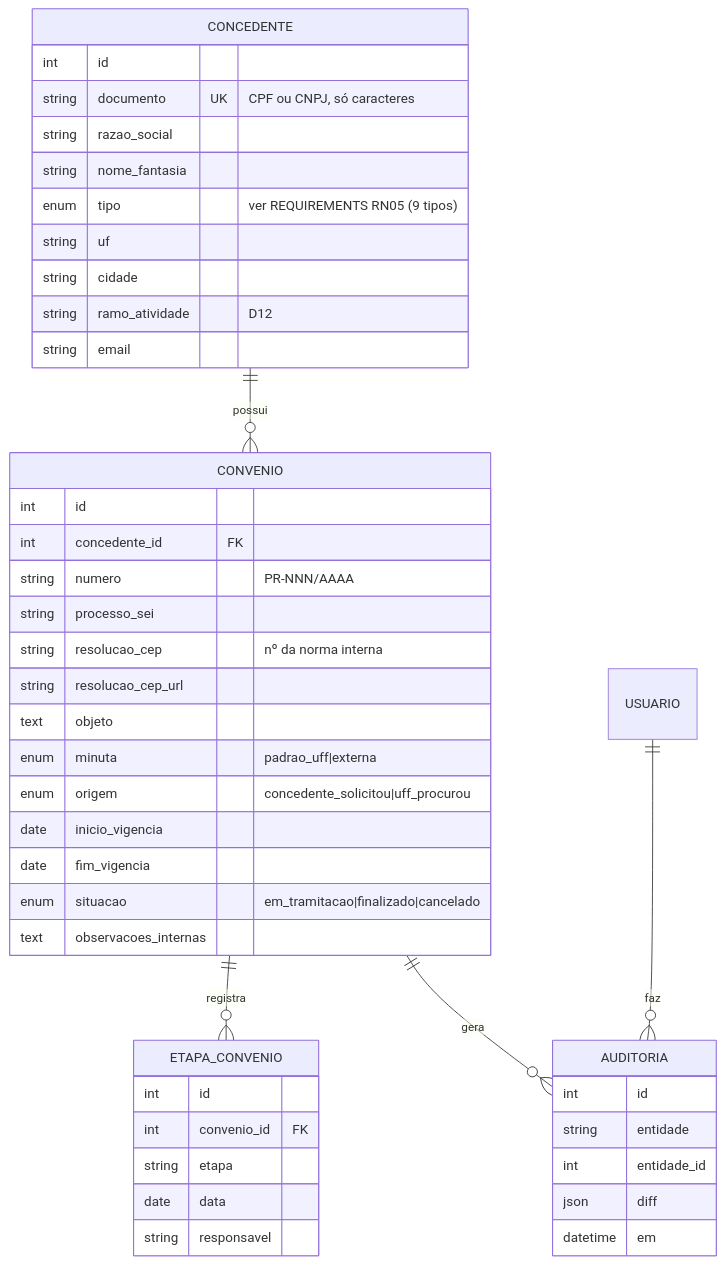
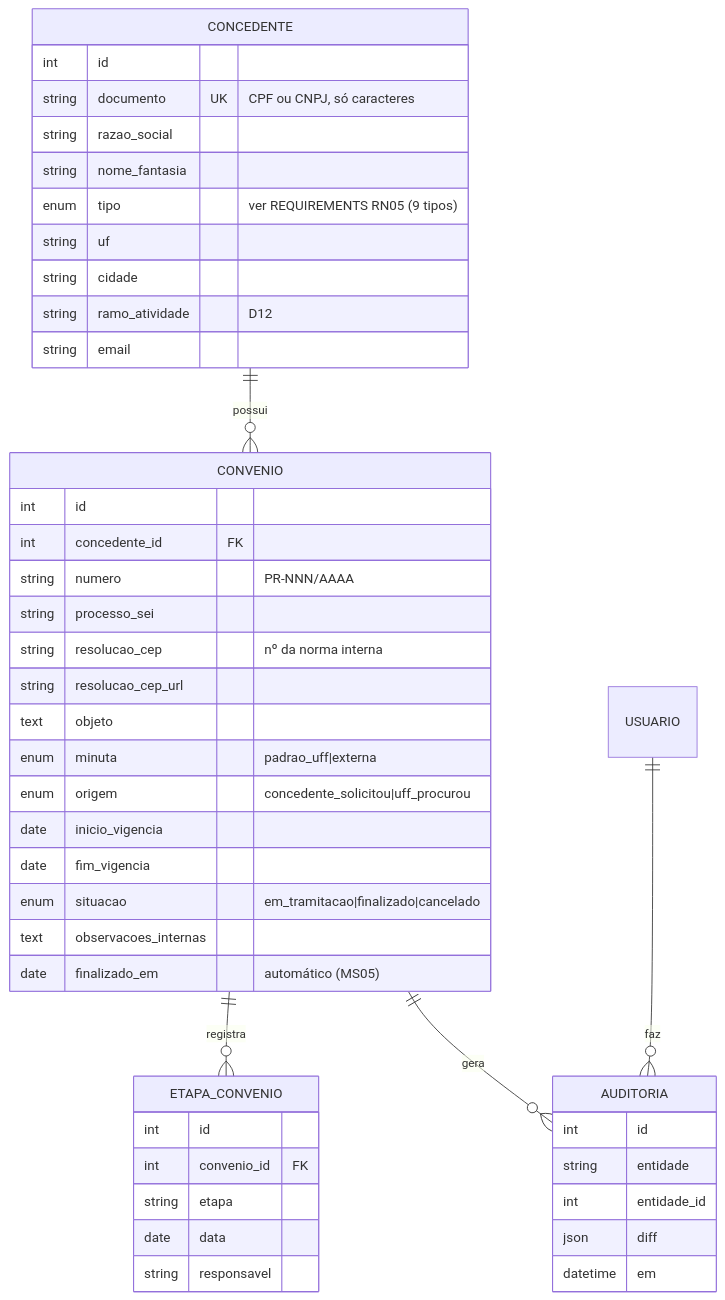
Before and after one commit to estudio-max/estagio-da-uff: the third of 3 diagrams in ARCHITECTURE.md, drawn with Mermaid. The commit also changed other lines of this file and 9 other files, not shown here.

````diff
--- a/ARCHITECTURE.md
+++ b/ARCHITECTURE.md
@@ -43,47 +43,48 @@
 ```mermaid
 erDiagram
   CONCEDENTE ||--o{ CONVENIO : possui
   CONVENIO ||--o{ ETAPA_CONVENIO : registra
   CONVENIO ||--o{ AUDITORIA : gera
   USUARIO ||--o{ AUDITORIA : faz
   CONCEDENTE {
     int id
     string documento UK "CPF ou CNPJ, só caracteres"
     string razao_social
     string nome_fantasia
     enum tipo "ver REQUIREMENTS RN05 (9 tipos)"
     string uf
     string cidade
     string ramo_atividade "D12"
     string email
   }
   CONVENIO {
     int id
     int concedente_id FK
     string numero "PR-NNN/AAAA"
     string processo_sei
     string resolucao_cep "nº da norma interna"
     string resolucao_cep_url
     text objeto
     enum minuta "padrao_uff|externa"
     enum origem "concedente_solicitou|uff_procurou"
     date inicio_vigencia
     date fim_vigencia
     enum situacao "em_tramitacao|finalizado|cancelado"
     text observacoes_internas
+    date finalizado_em "automático (MS05)"
   }
   ETAPA_CONVENIO {
     int id
     int convenio_id FK
     string etapa
     date data
     string responsavel
   }
   AUDITORIA {
     int id
     string entidade
     int entidade_id
     json diff
     datetime em
   }
 ```
````
